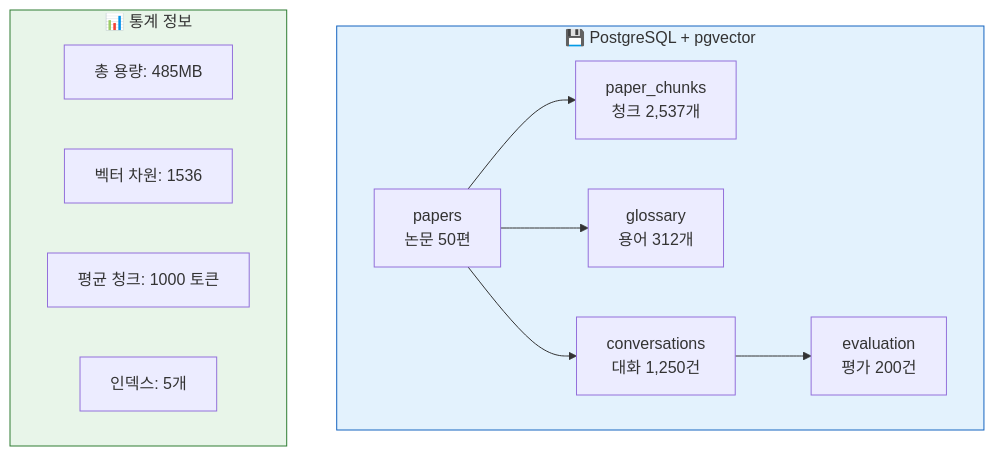
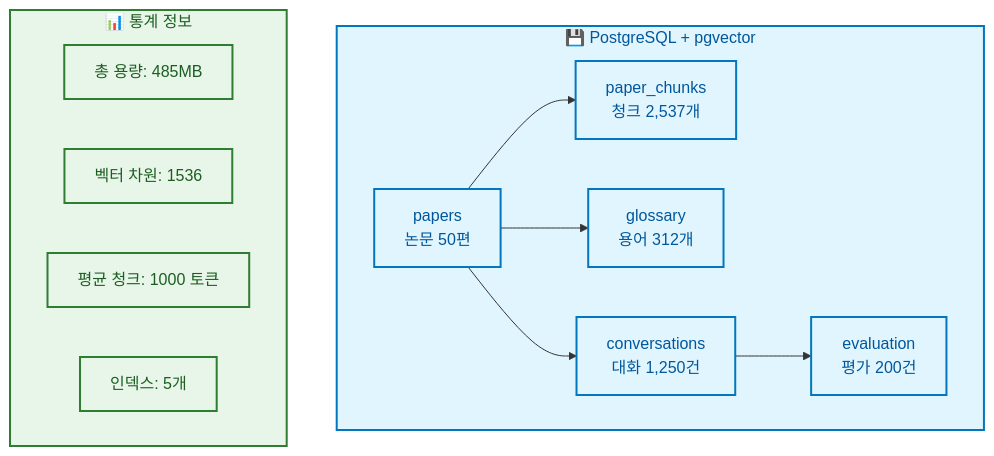
The first of 6 diagrams in docs/PPT/04_실행_결과.md (AIBootcamp14/langchainproject-new-langchainproject_5), drawn with Mermaid before and after one commit. The commit also changed other lines of this file and 5 other files, not shown here.

First line of the commit message:
style(docs): PPT 문서에 mermaid 스타일 가이드 적용

````diff
--- a/docs/PPT/04_실행_결과.md
+++ b/docs/PPT/04_실행_결과.md
@@ -19,25 +19,36 @@
 ```mermaid
 graph TB
     subgraph Database["💾 PostgreSQL + pgvector"]
         P[papers<br/>논문 50편]
         C[paper_chunks<br/>청크 2,537개]
         G[glossary<br/>용어 312개]
         CV[conversations<br/>대화 1,250건]
         E[evaluation<br/>평가 200건]
     end
 
     subgraph Statistics["📊 통계 정보"]
         S1[총 용량: 485MB]
         S2[벡터 차원: 1536]
         S3[평균 청크: 1000 토큰]
         S4[인덱스: 5개]
     end
 
     P --> C
     P --> G
     P --> CV
     CV --> E
 
-    style Database fill:#e3f2fd,stroke:#1565c0
-    style Statistics fill:#e8f5e9,stroke:#2e7d32
+    style Database fill:#e1f5ff,stroke:#0277bd,stroke-width:2px,color:#01579b
+    style Statistics fill:#e8f5e9,stroke:#2e7d32,stroke-width:2px,color:#1b5e20
+
+    style P fill:#e1f5ff,stroke:#0277bd,stroke-width:2px,color:#01579b
+    style C fill:#e1f5ff,stroke:#0277bd,stroke-width:2px,color:#01579b
+    style G fill:#e1f5ff,stroke:#0277bd,stroke-width:2px,color:#01579b
+    style CV fill:#e1f5ff,stroke:#0277bd,stroke-width:2px,color:#01579b
+    style E fill:#e1f5ff,stroke:#0277bd,stroke-width:2px,color:#01579b
+
+    style S1 fill:#e8f5e9,stroke:#2e7d32,stroke-width:2px,color:#1b5e20
+    style S2 fill:#e8f5e9,stroke:#2e7d32,stroke-width:2px,color:#1b5e20
+    style S3 fill:#e8f5e9,stroke:#2e7d32,stroke-width:2px,color:#1b5e20
+    style S4 fill:#e8f5e9,stroke:#2e7d32,stroke-width:2px,color:#1b5e20
 ```
````
